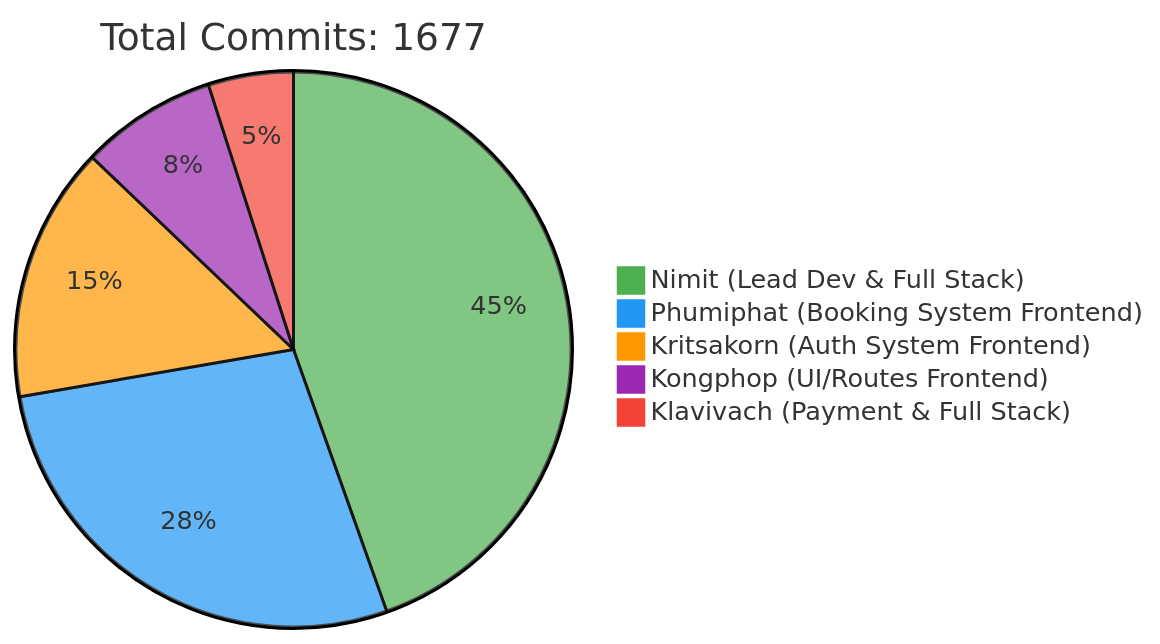
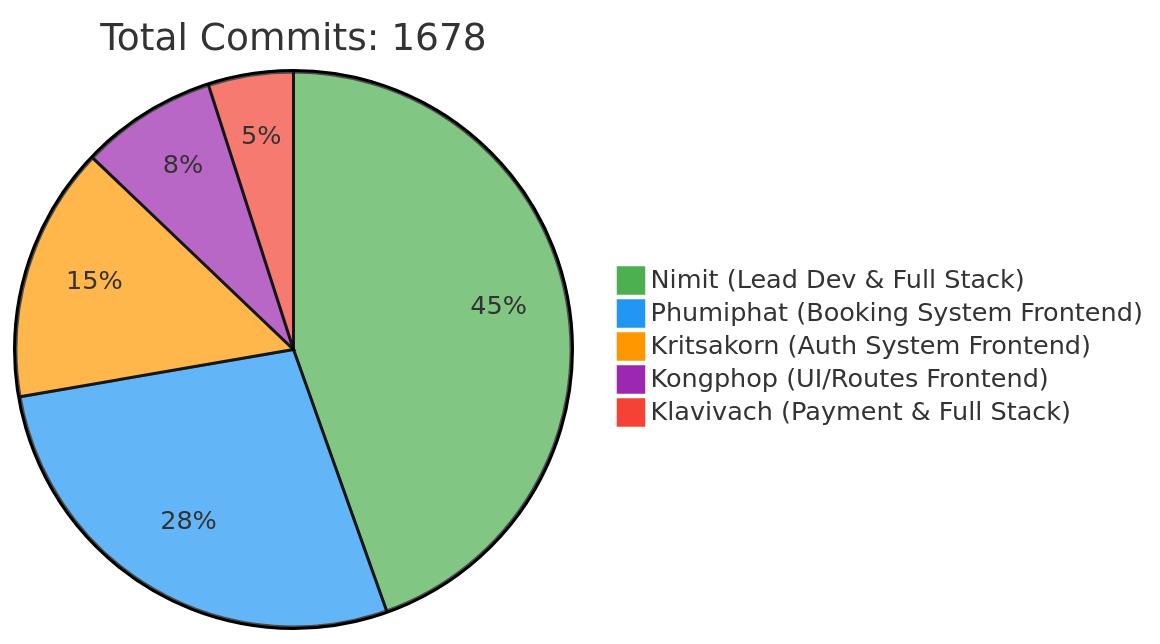
The first of 2 diagrams in README.md (6531503042/Sport-Complex), drawn with Mermaid before and after one commit. The commit also changed other lines of this file, not shown here.

Commit message:
docs: Update contributor statistics [skip ci]

````diff
--- a/README.md
+++ b/README.md
@@ -257,10 +257,10 @@
 ```mermaid
 %%{init: {'theme': 'base', 'themeVariables': { 'pie1': '#4CAF50', 'pie2': '#2196F3', 'pie3': '#FF9800', 'pie4': '#9C27B0', 'pie5': '#F44336'}}}%%
 pie
-    title Total Commits: 1677
+    title Total Commits: 1678
     "Nimit (Lead Dev & Full Stack)" : 450
     "Phumiphat (Booking System Frontend)" : 280
     "Kritsakorn (Auth System Frontend)" : 150
     "Kongphop (UI/Routes Frontend)" : 80
     "Klavivach (Payment & Full Stack)" : 50
 ```
````
